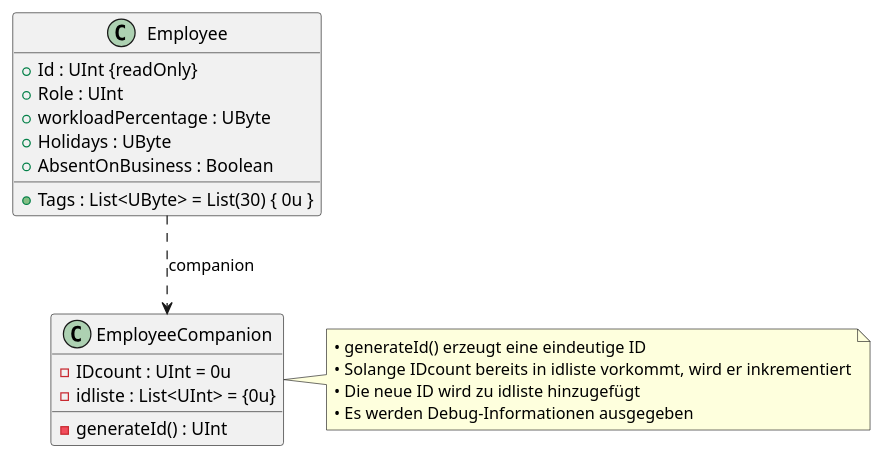
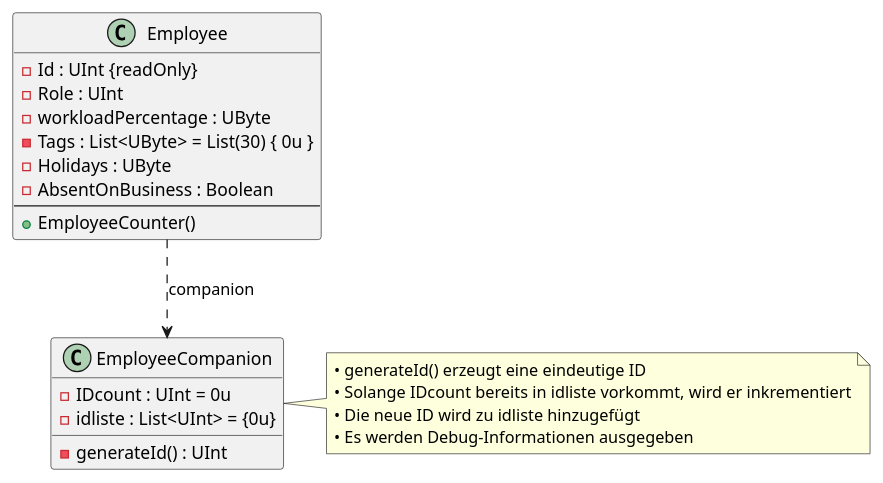
One commit to TheMorrisino/Semesterarbeiten_NDS_ABBTS changed the diagram in 1_Semesterarbeit/Ressourcix/doc/Employee.puml. Above: the diagram before and after it, drawn with PlantUML. The commit also changed 2 other files, not shown here.

Commit message:
Klassendiagramm englisch/deutsch

```diff
--- a/1_Semesterarbeit/Ressourcix/doc/Employee.puml
+++ b/1_Semesterarbeit/Ressourcix/doc/Employee.puml
@@ -1,31 +1,33 @@
 @startuml
 '--- Definition der Employee class ------------------------------------
 
 class Employee {
-    +Id : UInt {readOnly}
-    +Role : UInt
-    +workloadPercentage : UByte
-    +Tags : List<UByte> = List(30) { 0u }
-    +Holidays : UByte
-    +AbsentOnBusiness : Boolean
+    -Id : UInt {readOnly}
+    -Role : UInt
+    -workloadPercentage : UByte
+    -Tags : List<UByte> = List(30) { 0u }
+    -Holidays : UByte
+    -AbsentOnBusiness : Boolean
+    --
+    +EmployeeCounter()
 }
 
 '--- Companion object  ----------------------------------
 class EmployeeCompanion {
     -IDcount : UInt = 0u
     -idliste : List<UInt> = {0u}
     -generateId() : UInt
 }
 
 '--- Beziehung zum Objet Employee -----------------
 Employee ..> EmployeeCompanion : «companion»
 
 '--- Notes ------------------------------------------------------------
 note right of EmployeeCompanion
   • generateId() erzeugt eine eindeutige ID
   • Solange IDcount bereits in idliste vorkommt, wird er inkrementiert
   • Die neue ID wird zu idliste hinzugefügt
   • Es werden Debug‑Informationen ausgegeben
 end note
 
 @enduml
```
